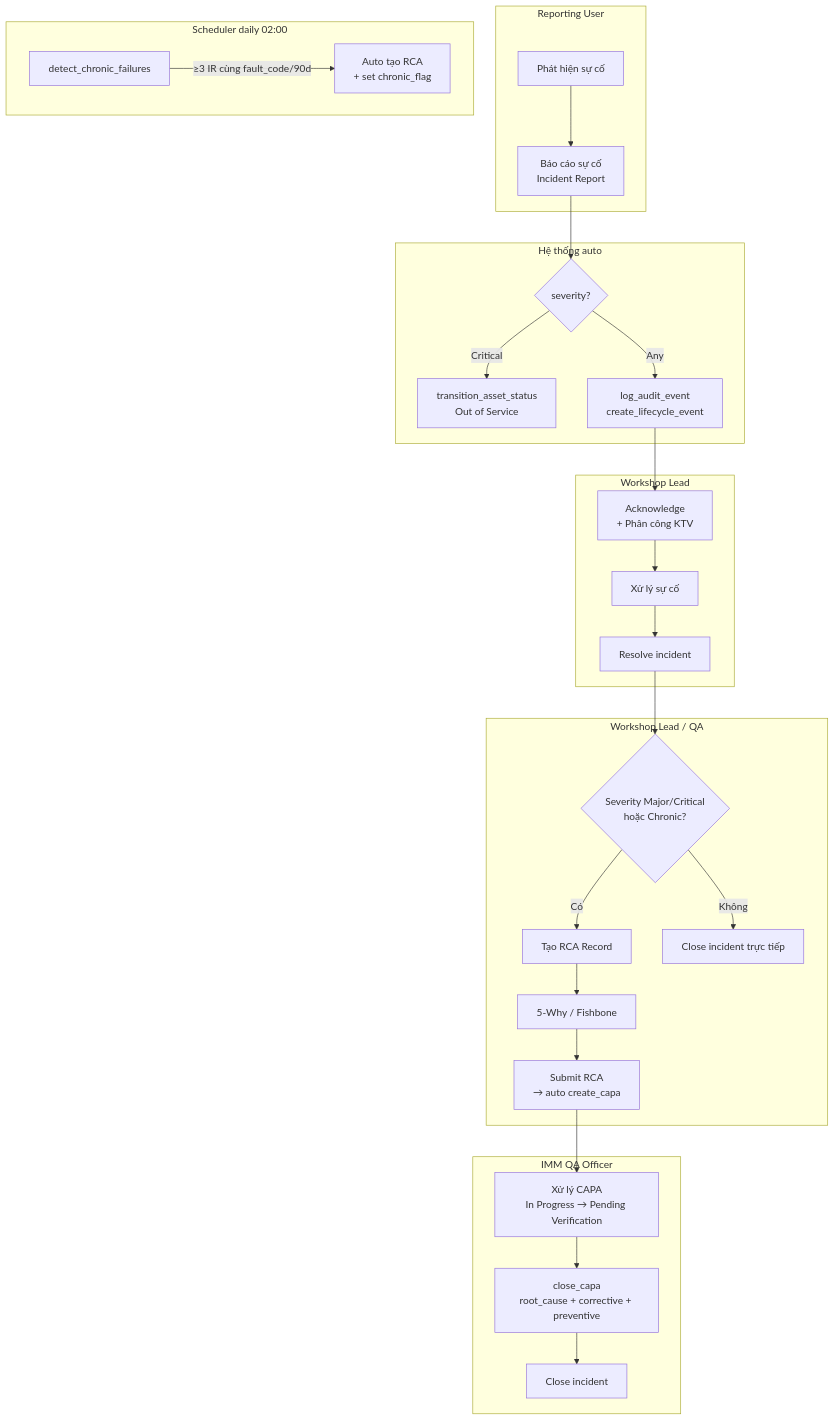
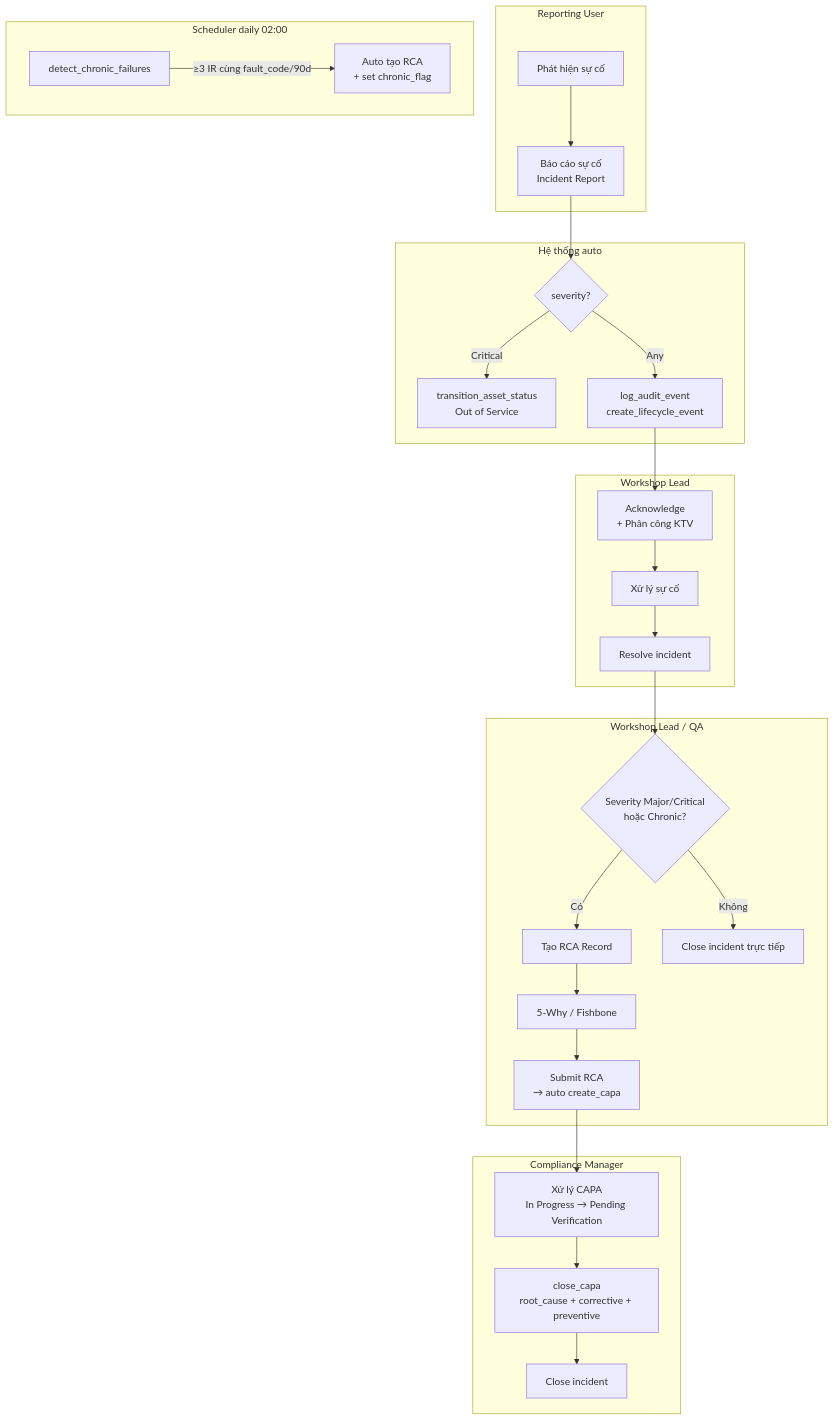
One commit to mvl26/Assetcore changed the first of 4 diagrams in docs/imm-12/02_Analysis_Design.md. Above: the diagram before and after it, drawn with Mermaid. The commit also changed other lines of this file and 5 other files, not shown here.

````diff
--- a/docs/imm-12/02_Analysis_Design.md
+++ b/docs/imm-12/02_Analysis_Design.md
@@ -149,31 +149,31 @@
 ```mermaid
 flowchart TD
     subgraph Reporting["Reporting User"]
         A1[Phát hiện sự cố] --> A2[Báo cáo sự cố\nIncident Report]
     end
     subgraph System["Hệ thống auto"]
         A2 --> B1{severity?}
         B1 -->|Critical| B2[transition_asset_status\nOut of Service]
         B1 -->|Any| B3[log_audit_event\ncreate_lifecycle_event]
     end
     subgraph WL["Workshop Lead"]
         B3 --> C1[Acknowledge\n+ Phân công KTV]
         C1 --> C2[Xử lý sự cố]
         C2 --> C3[Resolve incident]
     end
     subgraph RCA["Workshop Lead / QA"]
         C3 --> D1{Severity Major/Critical\nhoặc Chronic?}
         D1 -->|Có| D2[Tạo RCA Record]
         D2 --> D3[5-Why / Fishbone]
         D3 --> D4[Submit RCA\n→ auto create_capa]
         D1 -->|Không| D5[Close incident trực tiếp]
     end
-    subgraph QA["IMM QA Officer"]
+    subgraph QA["Compliance Manager"]
         D4 --> E1[Xử lý CAPA\nIn Progress → Pending Verification]
         E1 --> E2[close_capa\nroot_cause + corrective + preventive]
         E2 --> E3[Close incident]
     end
     subgraph Scheduler["Scheduler daily 02:00"]
         F1[detect_chronic_failures] -->|≥3 IR cùng fault_code/90d| F2[Auto tạo RCA\n+ set chronic_flag]
     end
 ```
````
